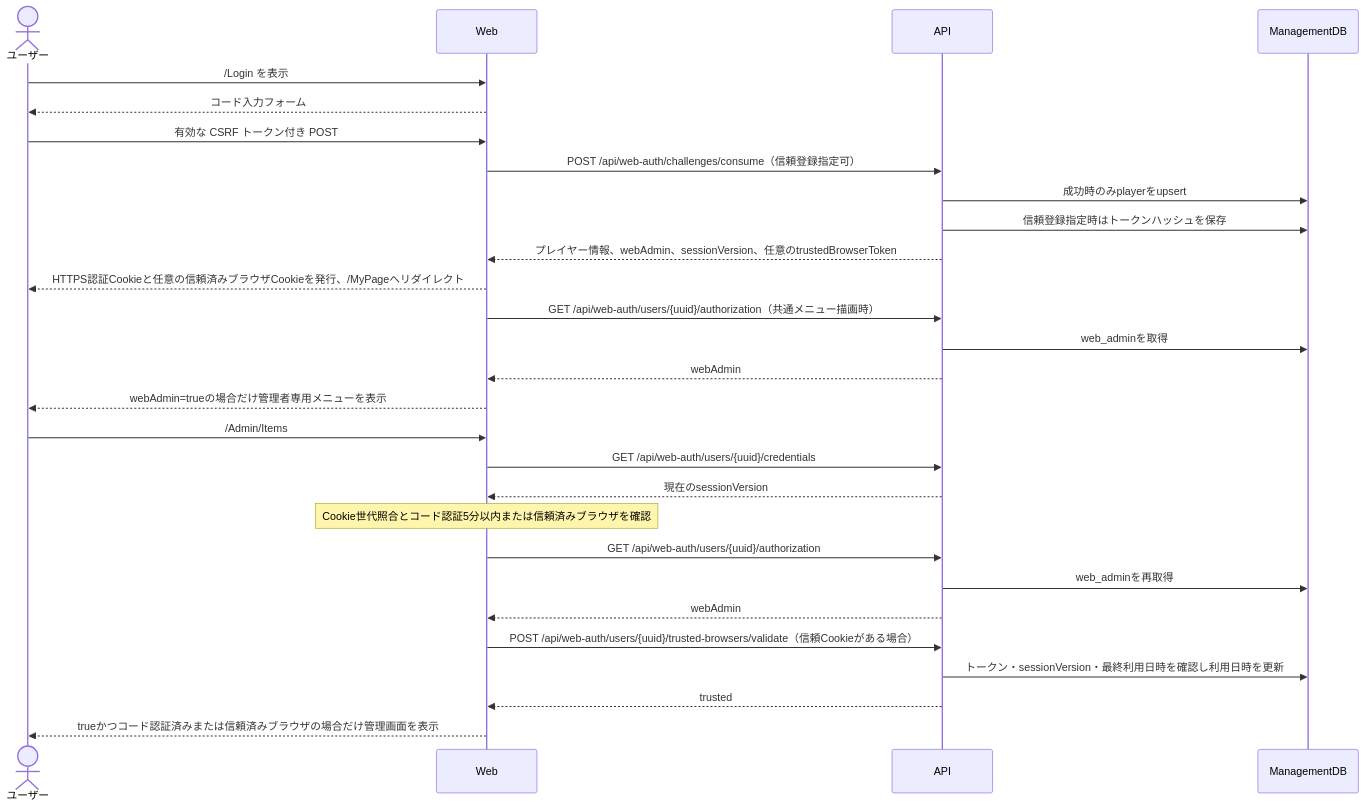
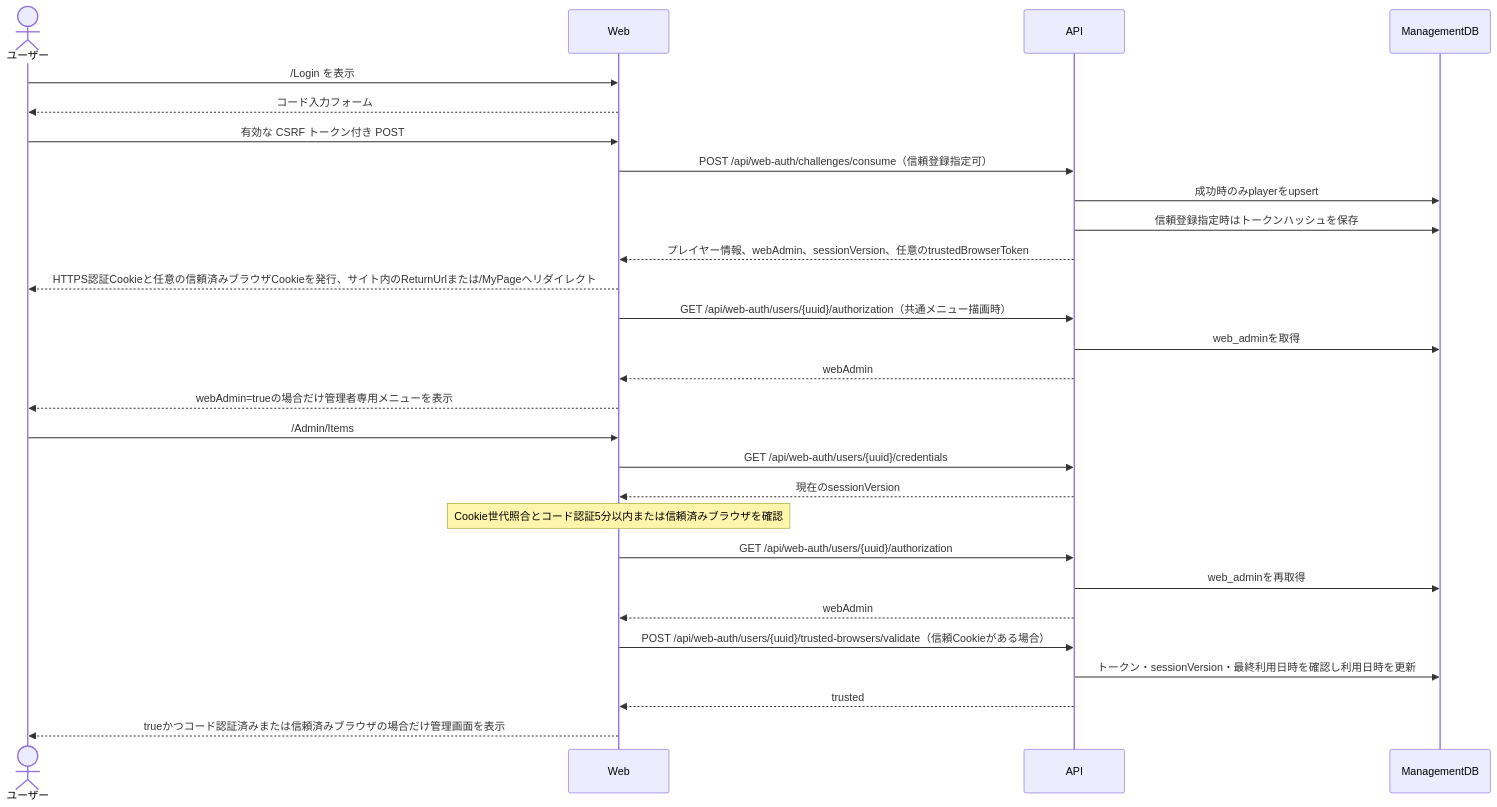
One commit to maaasu/AstralRecord-Workspace changed the diagram in 00_docs/30_WEB設計書/feature/01-web-auth/4-統合フロー/01_4.00-統合フロー.md. Above: the diagram before and after it, drawn with Mermaid. The commit also changed 11 other files, not shown here.

Commit message:
feat: 建築家のSchematicアップロード画面を追加

````diff
--- a/00_docs/30_WEB設計書/feature/01-web-auth/4-統合フロー/01_4.00-統合フロー.md
+++ b/00_docs/30_WEB設計書/feature/01-web-auth/4-統合フロー/01_4.00-統合フロー.md
@@ -3,30 +3,30 @@
 ```mermaid
 sequenceDiagram
     actor User as ユーザー
     participant Web
     participant API
     participant ManagementDB
     User->>Web: /Login を表示
     Web-->>User: コード入力フォーム
     User->>Web: 有効な CSRF トークン付き POST
     Web->>API: POST /api/web-auth/challenges/consume（信頼登録指定可）
     API->>ManagementDB: 成功時のみplayerをupsert
     API->>ManagementDB: 信頼登録指定時はトークンハッシュを保存
     API-->>Web: プレイヤー情報、webAdmin、sessionVersion、任意のtrustedBrowserToken
-    Web-->>User: HTTPS認証Cookieと任意の信頼済みブラウザCookieを発行、/MyPageへリダイレクト
+    Web-->>User: HTTPS認証Cookieと任意の信頼済みブラウザCookieを発行、サイト内のReturnUrlまたは/MyPageへリダイレクト
     Web->>API: GET /api/web-auth/users/{uuid}/authorization（共通メニュー描画時）
     API->>ManagementDB: web_adminを取得
     API-->>Web: webAdmin
     Web-->>User: webAdmin=trueの場合だけ管理者専用メニューを表示
     User->>Web: /Admin/Items
     Web->>API: GET /api/web-auth/users/{uuid}/credentials
     API-->>Web: 現在のsessionVersion
     Note over Web: Cookie世代照合とコード認証5分以内または信頼済みブラウザを確認
     Web->>API: GET /api/web-auth/users/{uuid}/authorization
     API->>ManagementDB: web_adminを再取得
     API-->>Web: webAdmin
     Web->>API: POST /api/web-auth/users/{uuid}/trusted-browsers/validate（信頼Cookieがある場合）
     API->>ManagementDB: トークン・sessionVersion・最終利用日時を確認し利用日時を更新
     API-->>Web: trusted
     Web-->>User: trueかつコード認証済みまたは信頼済みブラウザの場合だけ管理画面を表示
 ```
````
